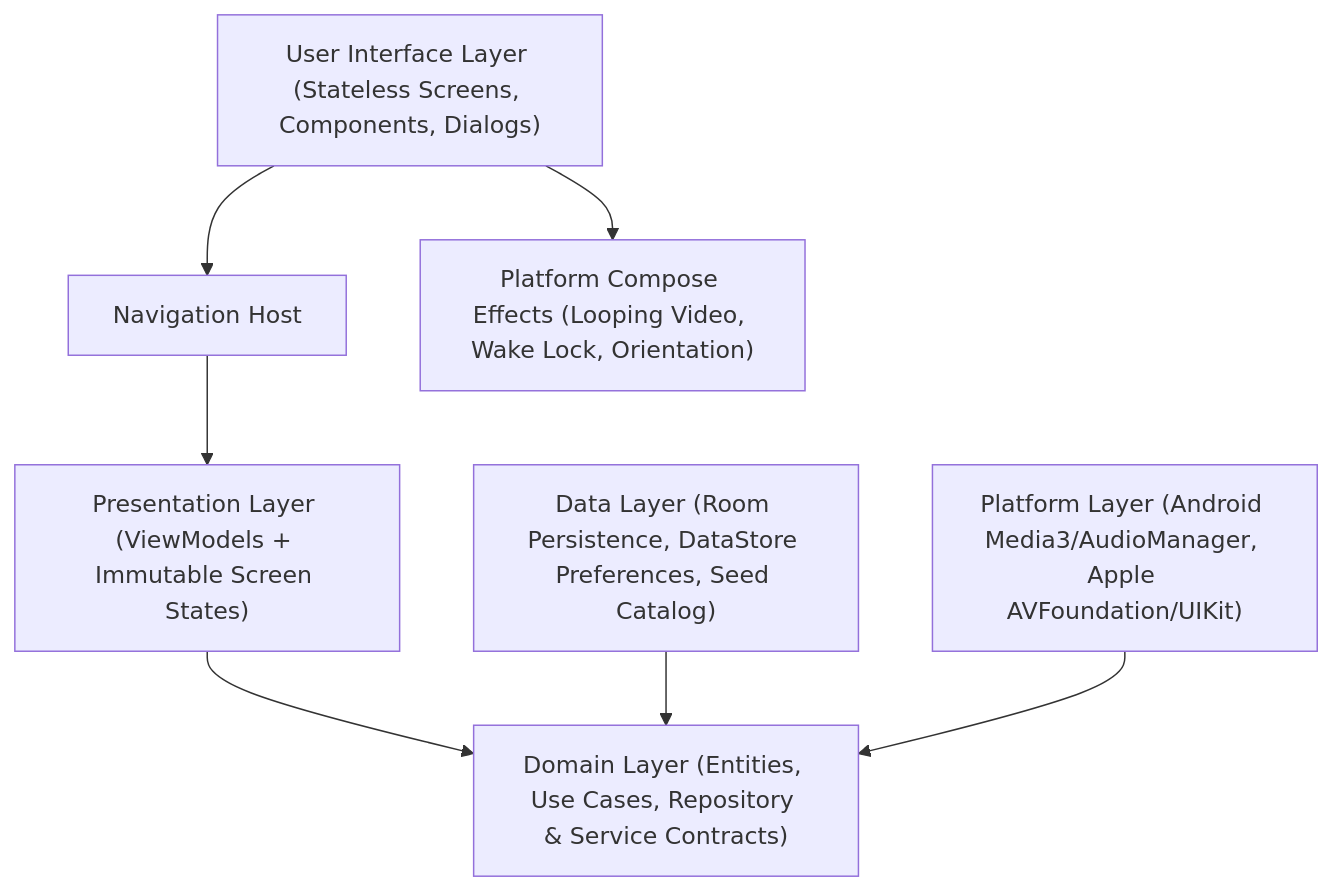
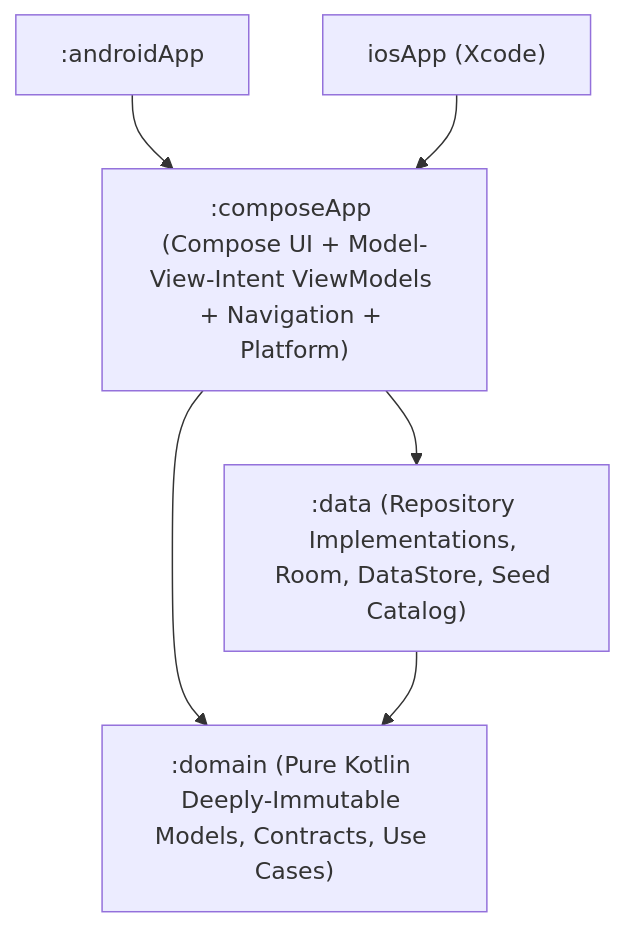
Before and after one commit to jhonnyx2012/kindrep: the first of 4 diagrams in docs/ARCHITECTURE.md, drawn with Mermaid. The commit also changed other lines of this file and 35 other files, not shown here.

Commit message:
refactor: split into :domain and :data modules, adopt MVI, and infuse recomposition harness

````diff
--- a/docs/ARCHITECTURE.md
+++ b/docs/ARCHITECTURE.md
@@ -43,9 +43,8 @@
 ```mermaid
 flowchart TD
-    UI["User Interface Layer (Stateless Screens, Components, Dialogs)"] --> NAV["Navigation Host"]
-    NAV --> PRES["Presentation Layer (ViewModels + Immutable Screen States)"]
-    PRES --> DOM["Domain Layer (Entities, Use Cases, Repository & Service Contracts)"]
-    DATA["Data Layer (Room Persistence, DataStore Preferences, Seed Catalog)"] --> DOM
-    PLAT["Platform Layer (Android Media3/AudioManager, Apple AVFoundation/UIKit)"] --> DOM
-    UI --> EFFECTS["Platform Compose Effects (Looping Video, Wake Lock, Orientation)"]
+    ANDROID[":androidApp"] --> APP[":composeApp (Compose UI + Model-View-Intent ViewModels + Navigation + Platform)"]
+    IOS["iosApp (Xcode)"] --> APP
+    APP --> DOMAIN[":domain (Pure Kotlin Deeply-Immutable Models, Contracts, Use Cases)"]
+    APP --> DATA[":data (Repository Implementations, Room, DataStore, Seed Catalog)"]
+    DATA --> DOMAIN
 ```
````
